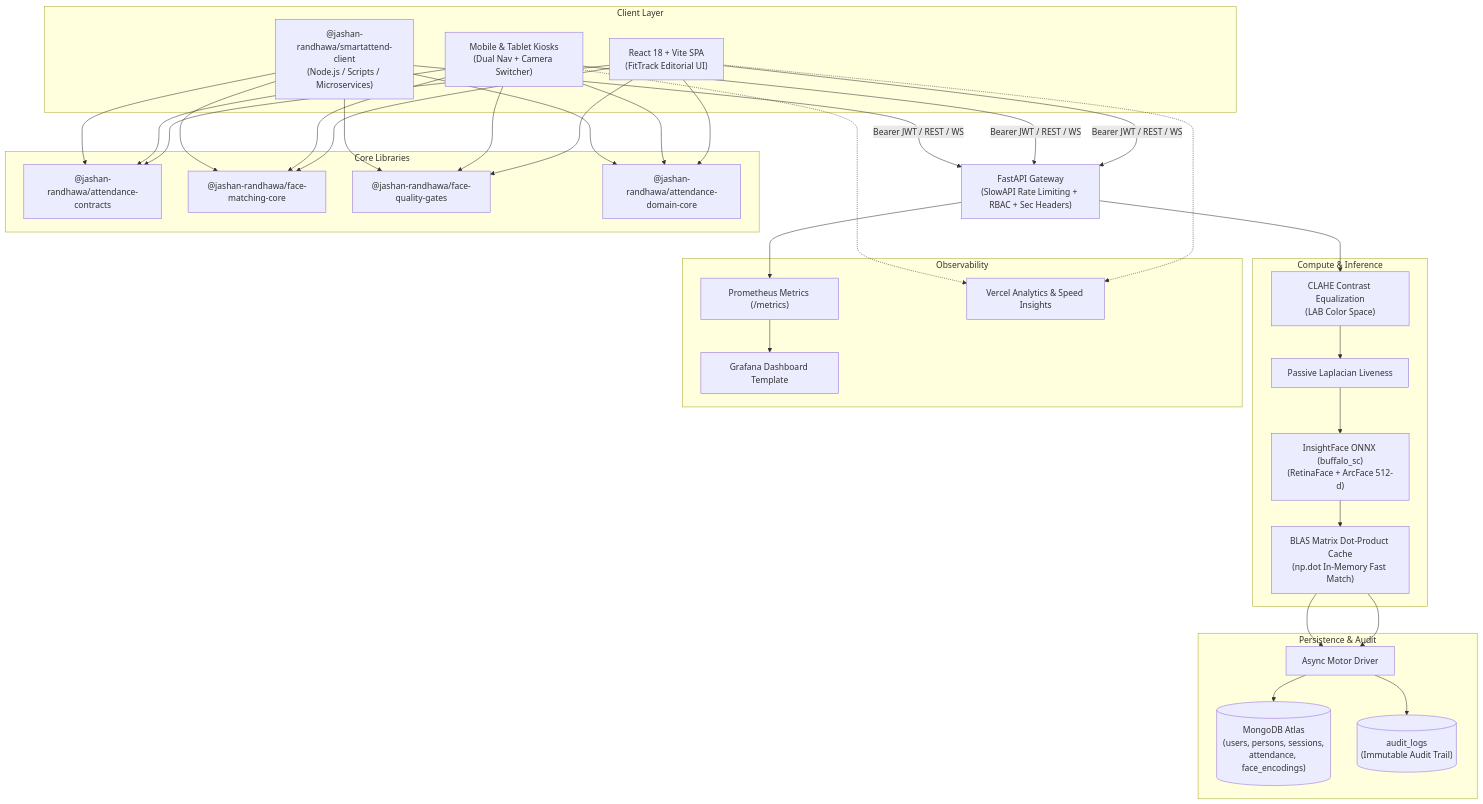
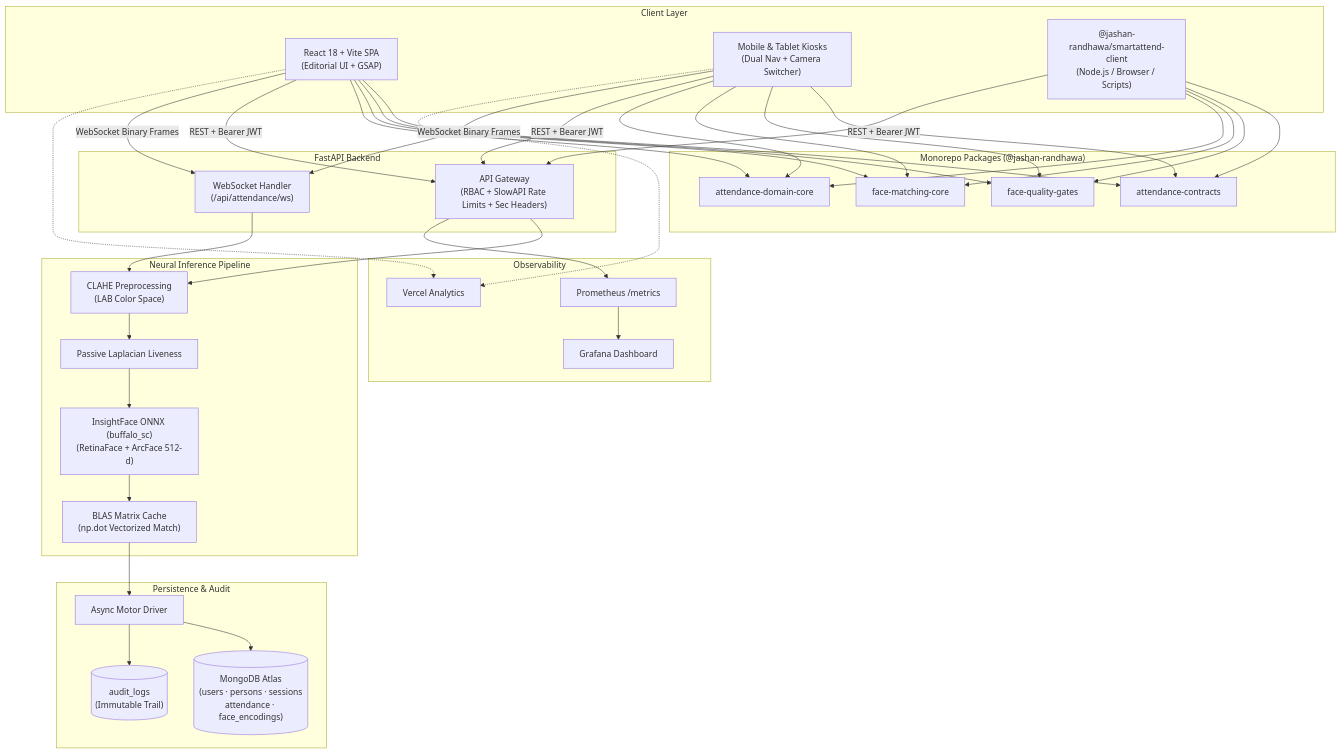
The diagram in README.md (Jashan-randhawa/AI-Attendance-System), drawn with Mermaid before and after one commit. The commit also changed other lines of this file, not shown here.

Commit message:
docs: rewrite README with improved structure, expanded features, architecture diagram, CI/CD docs, contributing guide, and accurate codebase details

````diff
--- a/README.md
+++ b/README.md
@@ -76,49 +97,52 @@
 ```mermaid
 flowchart TD
-    subgraph Client Layer
-        Web["React 18 + Vite SPA\n(FitTrack Editorial UI)"]
-        Mobile["Mobile & Tablet Kiosks\n(Dual Nav + Camera Switcher)"]
-        SDK["@jashan-randhawa/smartattend-client\n(Node.js / Scripts / Microservices)"]
+    subgraph Client["Client Layer"]
+        Web["React 18 + Vite SPA<br/>(Editorial UI + GSAP)"]
+        Mobile["Mobile & Tablet Kiosks<br/>(Dual Nav + Camera Switcher)"]
+        SDK["@jashan-randhawa/smartattend-client<br/>(Node.js / Browser / Scripts)"]
     end
 
-    subgraph Core Libraries
-        Contracts["@jashan-randhawa/attendance-contracts"]
-        MatchingCore["@jashan-randhawa/face-matching-core"]
-        QualityCore["@jashan-randhawa/face-quality-gates"]
-        DomainCore["@jashan-randhawa/attendance-domain-core"]
+    subgraph Packages["Monorepo Packages (@jashan-randhawa)"]
+        Contracts["attendance-contracts"]
+        MatchingCore["face-matching-core"]
+        QualityCore["face-quality-gates"]
+        DomainCore["attendance-domain-core"]
     end
 
-    Web & Mobile & SDK --> Contracts
-    Web & Mobile & SDK --> QualityCore
-    Web & Mobile & SDK --> MatchingCore
-    Web & Mobile & SDK --> DomainCore
+    Web & Mobile & SDK --> Contracts & QualityCore & MatchingCore & DomainCore
 
-    Web & Mobile & SDK -- "Bearer JWT / REST / WS" --> Gateway["FastAPI Gateway\n(SlowAPI Rate Limiting + RBAC + Sec Headers)"]
+    Web & Mobile -- "REST + Bearer JWT" --> Gateway
+    Web & Mobile -- "WebSocket Binary Frames" --> WS
+    SDK -- "REST + Bearer JWT" --> Gateway
 
-    subgraph Compute & Inference
-        CLAHE["CLAHE Contrast Equalization\n(LAB Color Space)"]
-        Liveness["Passive Laplacian Liveness"]
-        InsightFace["InsightFace ONNX (buffalo_sc)\n(RetinaFace + ArcFace 512-d)"]
-        BLAS["BLAS Matrix Dot-Product Cache\n(np.dot In-Memory Fast Match)"]
+    subgraph Backend["FastAPI Backend"]
+        Gateway["API Gateway<br/>(RBAC + SlowAPI Rate Limits + Sec Headers)"]
+        WS["WebSocket Handler<br/>(/api/attendance/ws)"]
     end
 
-    Gateway --> CLAHE --> Liveness --> InsightFace --> BLAS
-
-    subgraph Persistence & Audit
-        Motor["Async Motor Driver"]
-        DB[("MongoDB Atlas\n(users, persons, sessions,\nattendance, face_encodings)")]
-        Audit[("audit_logs\n(Immutable Audit Trail)")]
+    subgraph Inference["Neural Inference Pipeline"]
+        CLAHE["CLAHE Preprocessing<br/>(LAB Color Space)"]
+        Liveness["Passive Laplacian Liveness"]
+        InsightFace["InsightFace ONNX (buffalo_sc)<br/>(RetinaFace + ArcFace 512-d)"]
+        BLAS["BLAS Matrix Cache<br/>(np.dot Vectorized Match)"]
     end
 
-    BLAS --> Motor --> DB
-    BLAS --> Motor --> Audit
+    Gateway & WS --> CLAHE --> Liveness --> InsightFace --> BLAS
+
+    subgraph Data["Persistence & Audit"]
+        Motor["Async Motor Driver"]
+        DB[("MongoDB Atlas<br/>(users · persons · sessions<br/>attendance · face_encodings)")]
+        Audit[("audit_logs<br/>(Immutable Trail)")]
+    end
+
+    BLAS --> Motor --> DB & Audit
 
     subgraph Observability
-        Prom["Prometheus Metrics (/metrics)"]
-        Grafana["Grafana Dashboard Template"]
-        Vercel["Vercel Analytics & Speed Insights"]
+        Prom["Prometheus /metrics"]
+        Grafana["Grafana Dashboard"]
+        RUM["Vercel Analytics"]
     end
 
     Gateway --> Prom --> Grafana
-    Web & Mobile -.-> Vercel
+    Web & Mobile -.-> RUM
 ```
````
